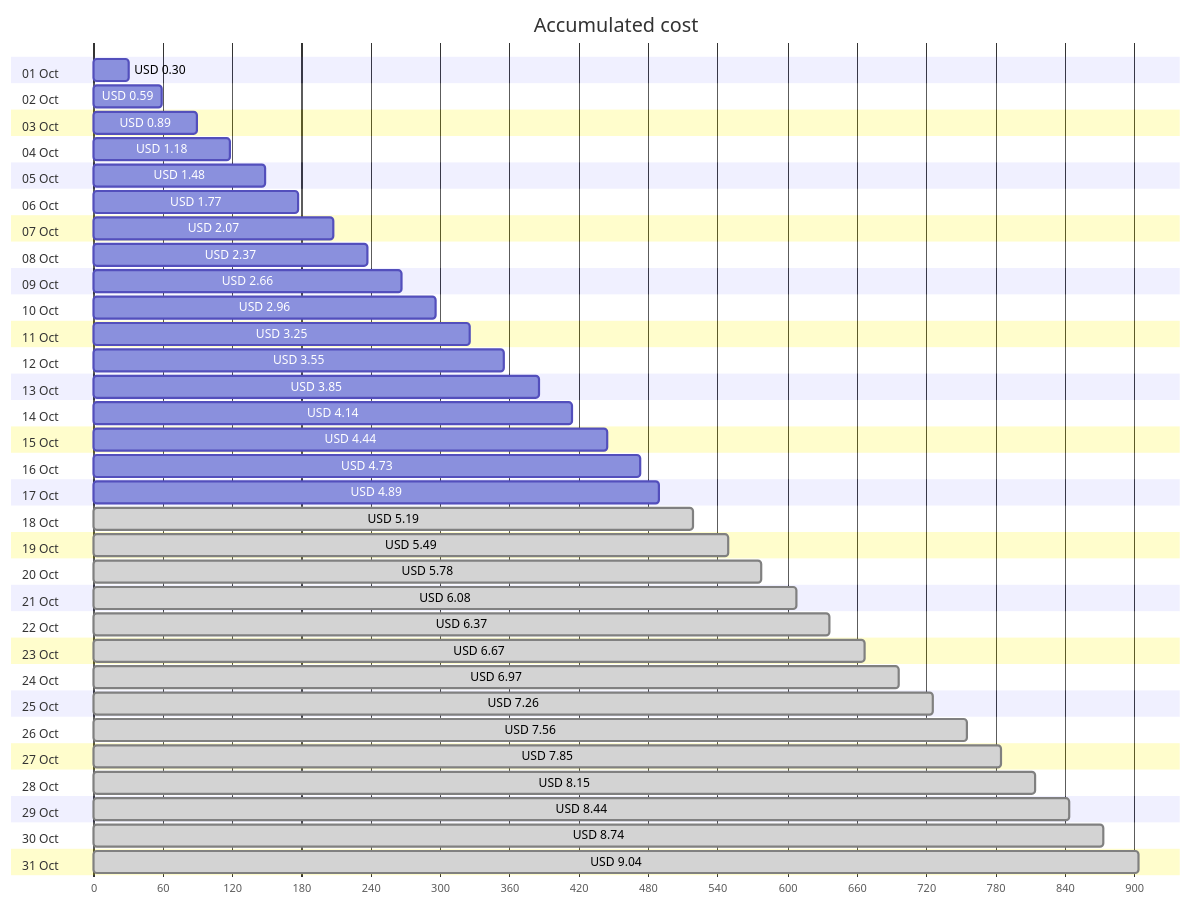
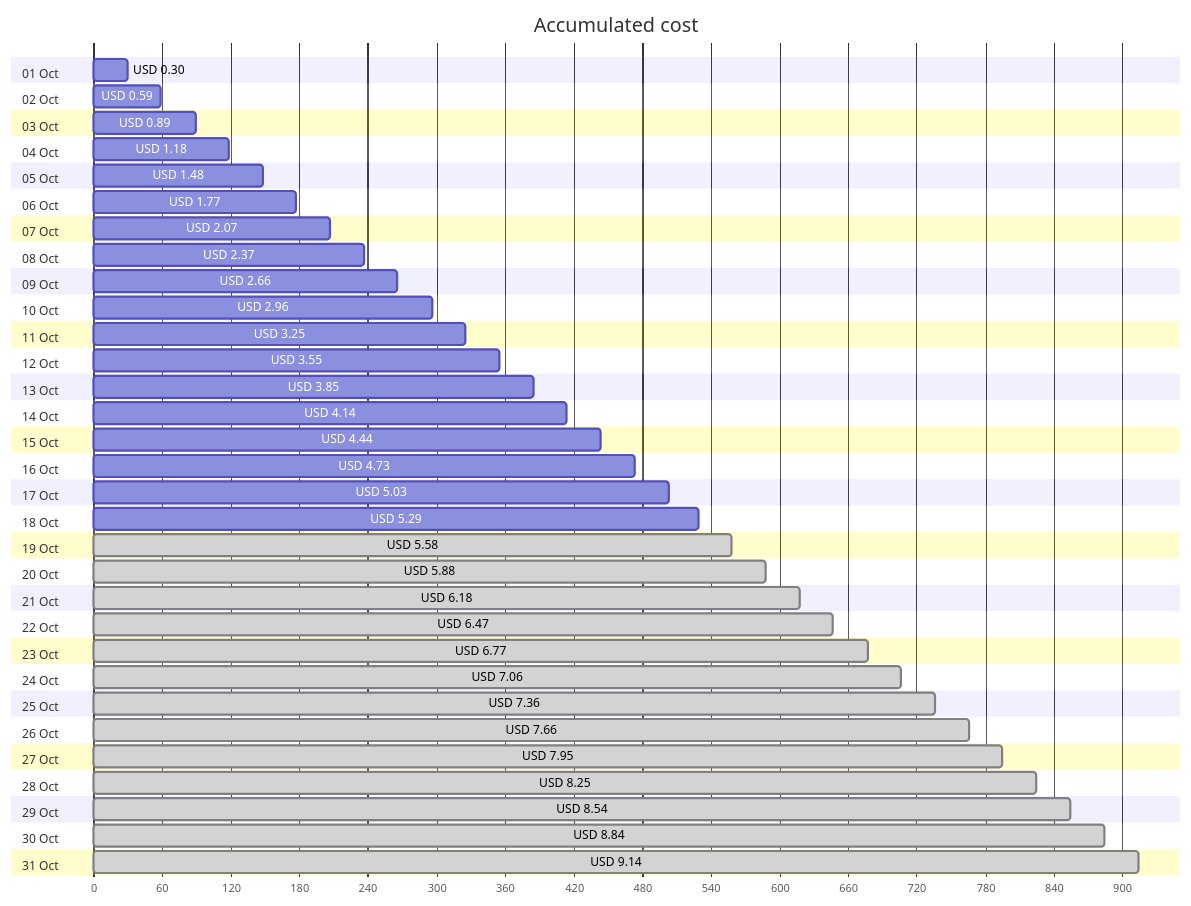
One commit to jpfulton/azure-personal-reports changed the first of 4 diagrams in cost-reports/personal-site/personal-site.md. Above: the diagram before and after it, drawn with Mermaid. The commit also changed other lines of this file and 7 other files, not shown here.

````diff
--- a/cost-reports/personal-site/personal-site.md
+++ b/cost-reports/personal-site/personal-site.md
@@ -20,68 +20,68 @@
 ```mermaid
 gantt
    title Accumulated cost
    dateFormat  X
    axisFormat %s
    section 01 Oct
    USD 0.30 :0, 30
    section 02 Oct
    USD 0.59 :0, 59
    section 03 Oct
    USD 0.89 :0, 89
    section 04 Oct
    USD 1.18 :0, 118
    section 05 Oct
    USD 1.48 :0, 148
    section 06 Oct
    USD 1.77 :0, 177
    section 07 Oct
    USD 2.07 :0, 207
    section 08 Oct
    USD 2.37 :0, 237
    section 09 Oct
    USD 2.66 :0, 266
    section 10 Oct
    USD 2.96 :0, 296
    section 11 Oct
    USD 3.25 :0, 325
    section 12 Oct
    USD 3.55 :0, 355
    section 13 Oct
    USD 3.85 :0, 385
    section 14 Oct
    USD 4.14 :0, 414
    section 15 Oct
    USD 4.44 :0, 444
    section 16 Oct
    USD 4.73 :0, 473
    section 17 Oct
-   USD 4.89 :0, 489
+   USD 5.03 :0, 503
    section 18 Oct
-   USD 5.19 : done, 0, 519
+   USD 5.29 :0, 529
    section 19 Oct
-   USD 5.49 : done, 0, 549
+   USD 5.58 : done, 0, 558
    section 20 Oct
-   USD 5.78 : done, 0, 578
+   USD 5.88 : done, 0, 588
    section 21 Oct
-   USD 6.08 : done, 0, 608
+   USD 6.18 : done, 0, 618
    section 22 Oct
-   USD 6.37 : done, 0, 637
+   USD 6.47 : done, 0, 647
    section 23 Oct
-   USD 6.67 : done, 0, 667
+   USD 6.77 : done, 0, 677
    section 24 Oct
-   USD 6.97 : done, 0, 697
+   USD 7.06 : done, 0, 706
    section 25 Oct
-   USD 7.26 : done, 0, 726
+   USD 7.36 : done, 0, 736
    section 26 Oct
-   USD 7.56 : done, 0, 756
+   USD 7.66 : done, 0, 766
    section 27 Oct
-   USD 7.85 : done, 0, 785
+   USD 7.95 : done, 0, 795
    section 28 Oct
-   USD 8.15 : done, 0, 815
+   USD 8.25 : done, 0, 825
    section 29 Oct
-   USD 8.44 : done, 0, 844
+   USD 8.54 : done, 0, 854
    section 30 Oct
-   USD 8.74 : done, 0, 874
+   USD 8.84 : done, 0, 884
    section 31 Oct
-   USD 9.04 : done, 0, 904
+   USD 9.14 : done, 0, 914
 ```
````
